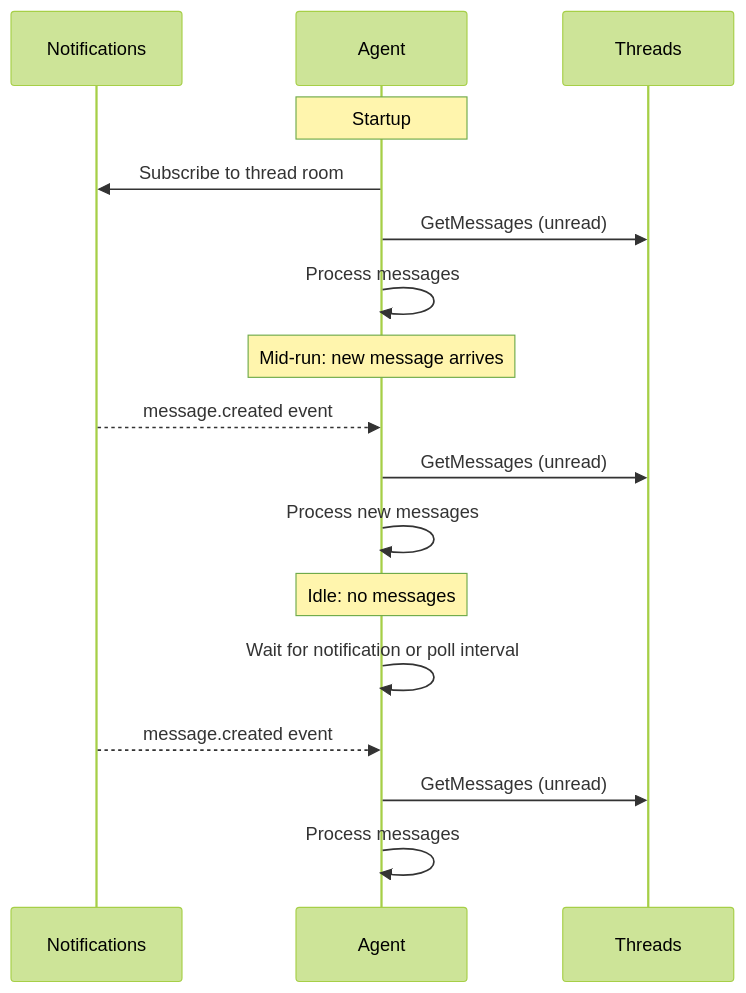
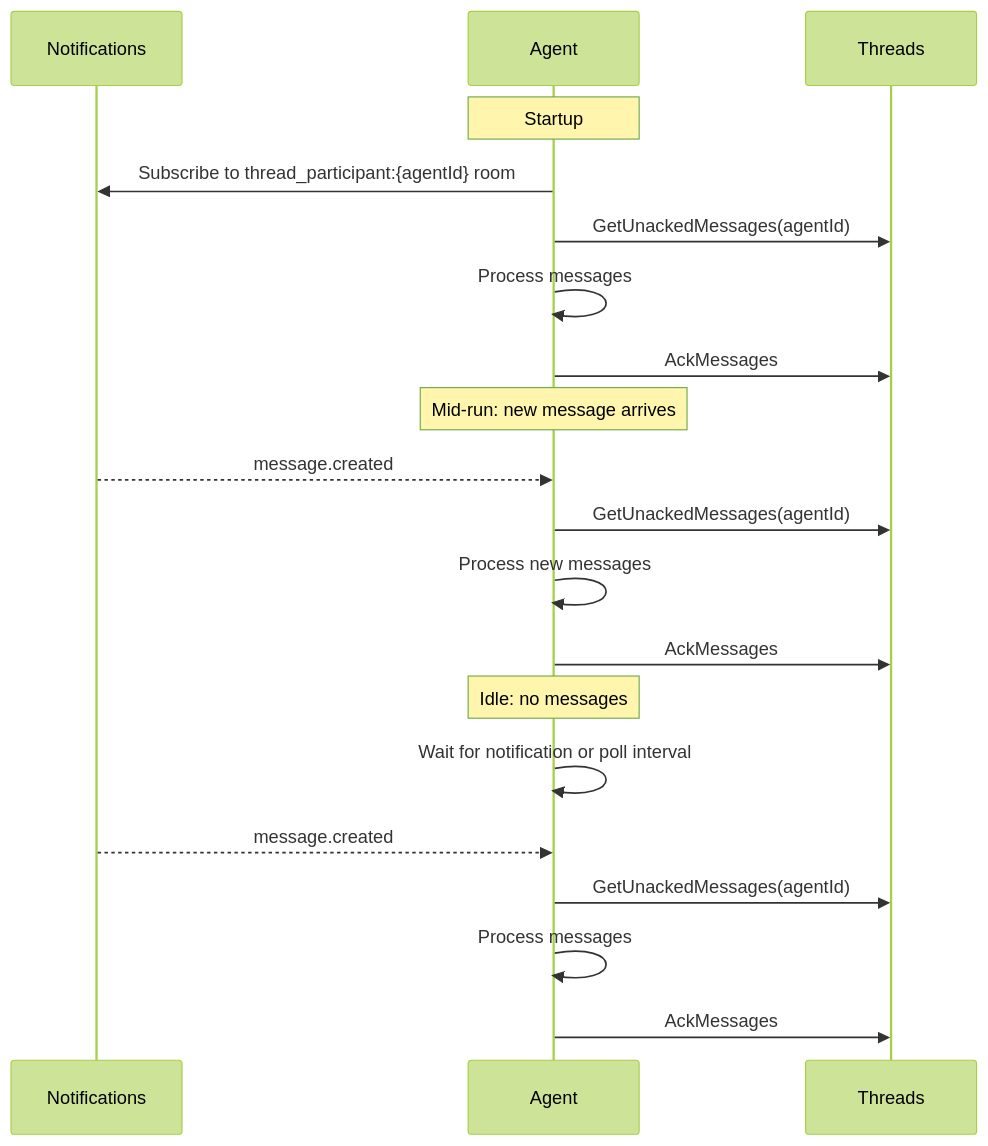
One commit to agynio/architecture changed the second of 4 diagrams in architecture/agent/overview.md. Above: the diagram before and after it, drawn with Mermaid (forest theme). The commit also changed other lines of this file and 9 other files, not shown here.

First line of the commit message:
Decide message delivery: notifications + pull with participant-scoped ack (#18)

````diff
--- a/architecture/agent/overview.md
+++ b/architecture/agent/overview.md
@@ -53,22 +54,25 @@
 ```mermaid
 sequenceDiagram
     participant N as Notifications
     participant A as Agent
     participant T as Threads
 
     Note over A: Startup
-    A->>N: Subscribe to thread room
-    A->>T: GetMessages (unread)
+    A->>N: Subscribe to thread_participant:{agentId} room
+    A->>T: GetUnackedMessages(agentId)
     A->>A: Process messages
+    A->>T: AckMessages
 
     Note over A: Mid-run: new message arrives
-    N-->>A: message.created event
-    A->>T: GetMessages (unread)
+    N-->>A: message.created
+    A->>T: GetUnackedMessages(agentId)
     A->>A: Process new messages
+    A->>T: AckMessages
 
     Note over A: Idle: no messages
     A->>A: Wait for notification or poll interval
-    N-->>A: message.created event
-    A->>T: GetMessages (unread)
+    N-->>A: message.created
+    A->>T: GetUnackedMessages(agentId)
     A->>A: Process messages
+    A->>T: AckMessages
 ```
````
